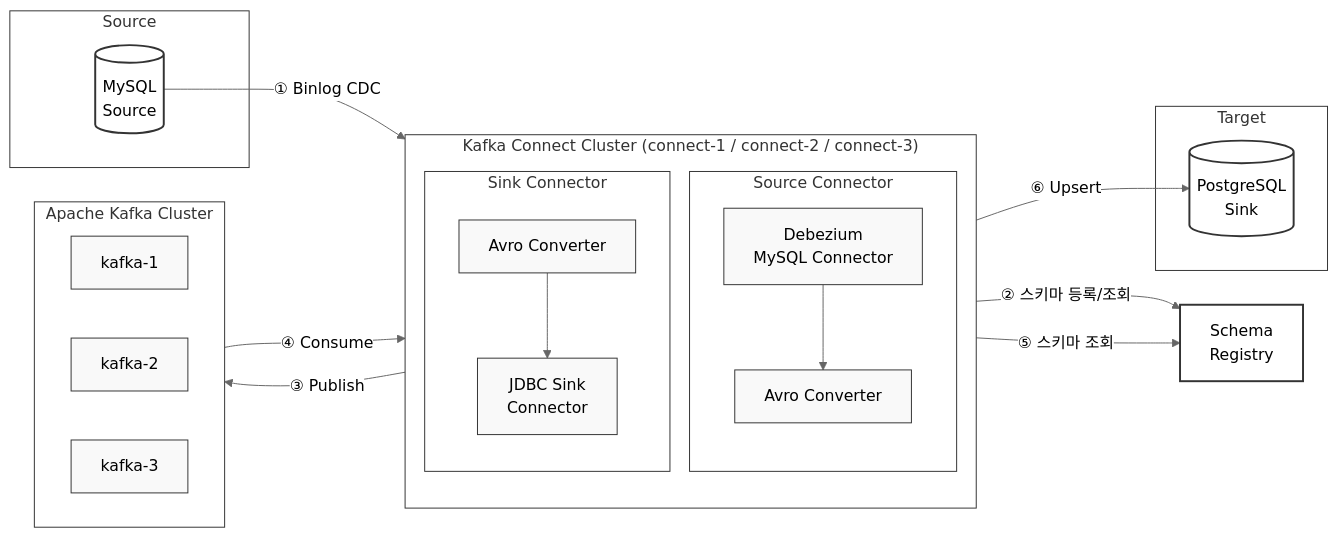
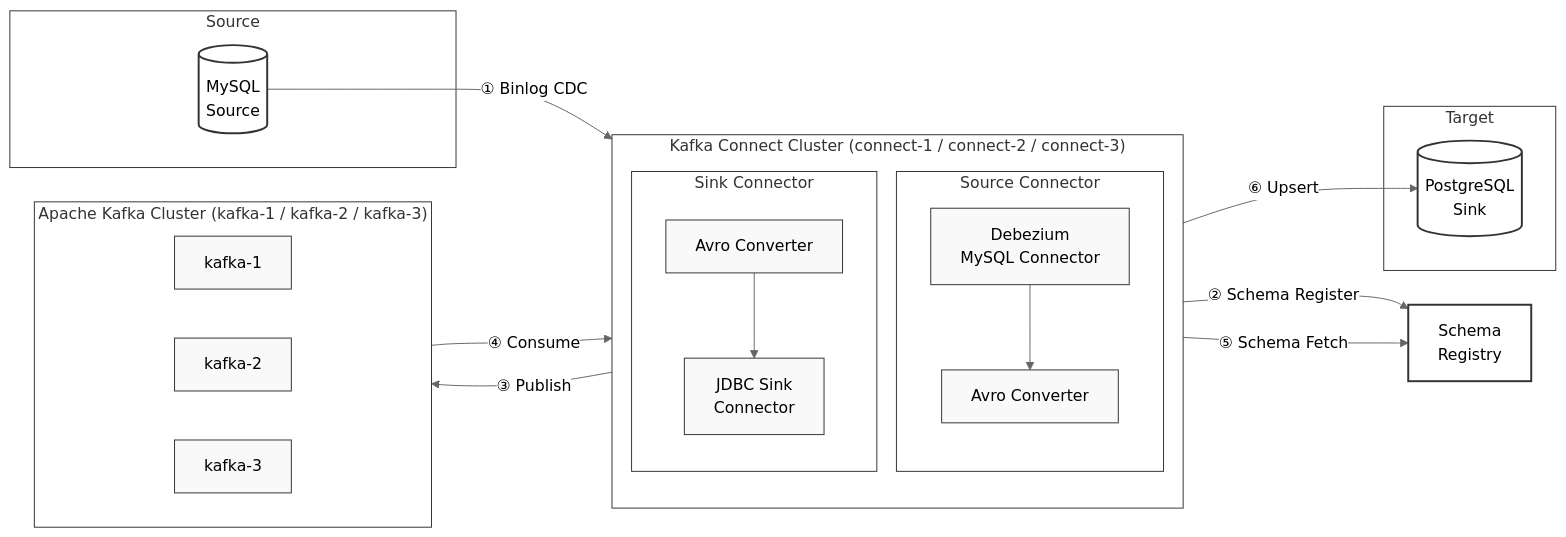
The diagram in README.md (erika0915/kafka-cdc-pipeline), drawn with Mermaid (neutral theme) before and after one commit. The commit also changed other lines of this file and 1 other file, not shown here.

````diff
--- a/README.md
+++ b/README.md
@@ -2,47 +17,47 @@
 ```mermaid
 flowchart LR
     classDef database fill:#ffffff,stroke:#333,stroke-width:2px;
     classDef cluster fill:#ffffff,stroke:#333,stroke-width:1px;
     classDef component fill:#f9f9f9,stroke:#333,stroke-width:1px;
     classDef registry fill:#ffffff,stroke:#333,stroke-width:2px;
 
     subgraph Source ["Source"]
         SourceDB[(MySQL\nSource)]:::database
     end
 
     subgraph KafkaConnect ["Kafka Connect Cluster  (connect-1 / connect-2 / connect-3)"]
         direction TB
         subgraph SourceSide ["Source Connector"]
             Debezium[Debezium\nMySQL Connector]:::component
             AvroIn[Avro Converter]:::component
             Debezium --> AvroIn
         end
         subgraph SinkSide ["Sink Connector"]
             AvroOut[Avro Converter]:::component
             JDBC[JDBC Sink\nConnector]:::component
             AvroOut --> JDBC
         end
     end
 
     SR[Schema\nRegistry]:::registry
 
-    subgraph Kafka ["Apache Kafka Cluster"]
+    subgraph Kafka ["Apache Kafka Cluster  (kafka-1 / kafka-2 / kafka-3)"]
         direction LR
         B1[kafka-1]:::component
         B2[kafka-2]:::component
         B3[kafka-3]:::component
     end
 
     subgraph Target ["Target"]
         TargetDB[(PostgreSQL\nSink)]:::database
     end
 
     SourceDB -->|"① Binlog CDC"| Debezium
-    AvroIn -->|"② 스키마 등록/조회"| SR
+    AvroIn -->|"② Schema Register"| SR
     AvroIn -->|"③ Publish"| Kafka
     Kafka -->|"④ Consume"| AvroOut
-    AvroOut -->|"⑤ 스키마 조회"| SR
+    AvroOut -->|"⑤ Schema Fetch"| SR
     JDBC -->|"⑥ Upsert"| TargetDB
 
     class KafkaConnect,Kafka cluster
 ```
````
